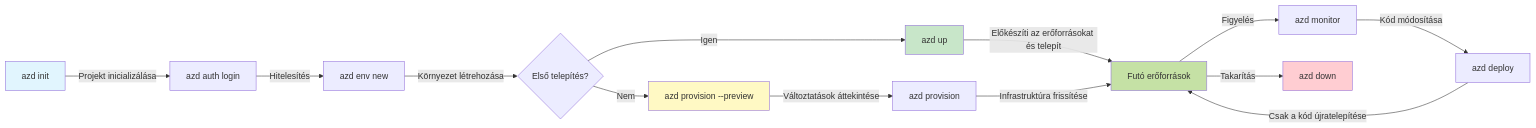
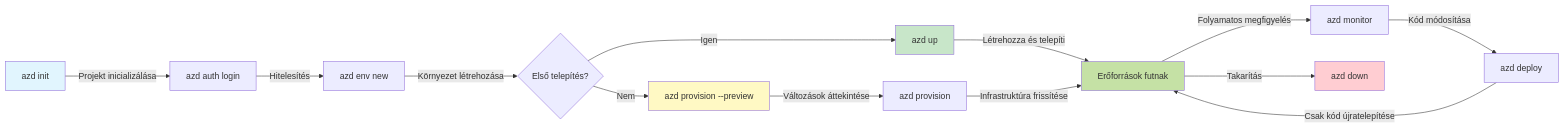
The first of 2 diagrams in translations/hu/docs/chapter-01-foundation/azd-basics.md (microsoft/AZD-for-beginners), drawn with Mermaid before and after one commit. The commit also changed other lines of this file and 101 other files, not shown here.

````diff
--- a/translations/hu/docs/chapter-01-foundation/azd-basics.md
+++ b/translations/hu/docs/chapter-01-foundation/azd-basics.md
@@ -254,21 +269,21 @@
 ```mermaid
 graph LR
     A[azd init] -->|Projekt inicializálása| B[azd auth login]
     B -->|Hitelesítés| C[azd env new]
     C -->|Környezet létrehozása| D{Első telepítés?}
     D -->|Igen| E[azd up]
     D -->|Nem| F[azd provision --preview]
-    F -->|Változtatások áttekintése| G[azd provision]
-    E -->|Előkészíti az erőforrásokat és telepít| H[Futó erőforrások]
+    F -->|Változások áttekintése| G[azd provision]
+    E -->|Létrehozza és telepíti| H[Erőforrások futnak]
     G -->|Infrastruktúra frissítése| H
-    H -->|Figyelés| I[azd monitor]
+    H -->|Folyamatos megfigyelés| I[azd monitor]
     I -->|Kód módosítása| J[azd deploy]
-    J -->|Csak a kód újratelepítése| H
+    J -->|Csak kód újratelepítése| H
     H -->|Takarítás| K[azd down]
     
     style A fill:#e1f5fe
     style E fill:#c8e6c9
     style F fill:#fff9c4
     style H fill:#c5e1a5
     style K fill:#ffcdd2
 ```
````
